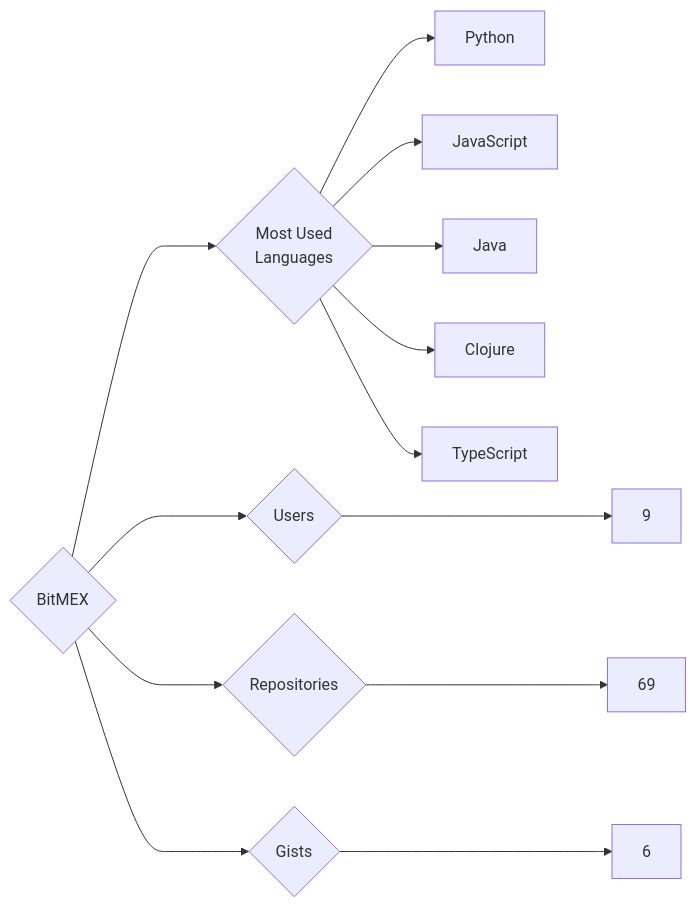
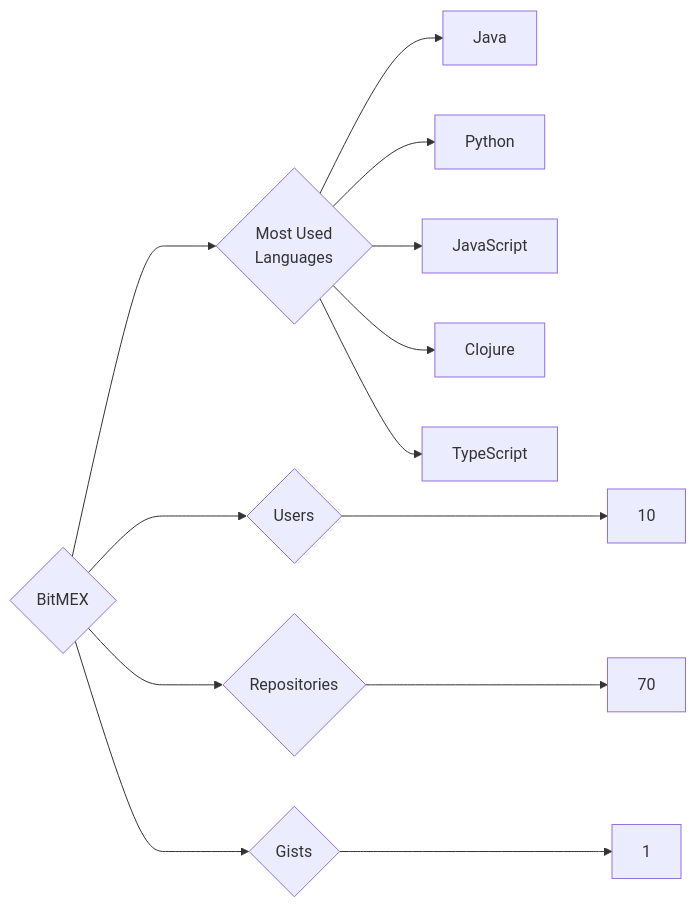
Before and after one commit to trickest/insiders: the diagram in targets/BitMEX/README.md, drawn with Mermaid. The commit also changed 724 other files, not shown here.

````diff
--- a/targets/BitMEX/README.md
+++ b/targets/BitMEX/README.md
@@ -3,13 +3,13 @@
 ```mermaid
 graph LR
 COMPANY_NAME{BitMEX}
-COMPANY_NAME ---> U{Users} ---> UN[9]
-COMPANY_NAME ---> R{Repositories} ---> RN[69]
-COMPANY_NAME ---> G{Gists} ---> GN[6]
+COMPANY_NAME ---> U{Users} ---> UN[10]
+COMPANY_NAME ---> R{Repositories} ---> RN[70]
+COMPANY_NAME ---> G{Gists} ---> GN[1]
 COMPANY_NAME ---> ML{Most Used<br>Languages}
+ML --> Java[Java]
 ML --> Python[Python]
 ML --> JavaScript[JavaScript]
-ML --> Java[Java]
 ML --> Clojure[Clojure]
 ML --> TypeScript[TypeScript]
 ```
````
